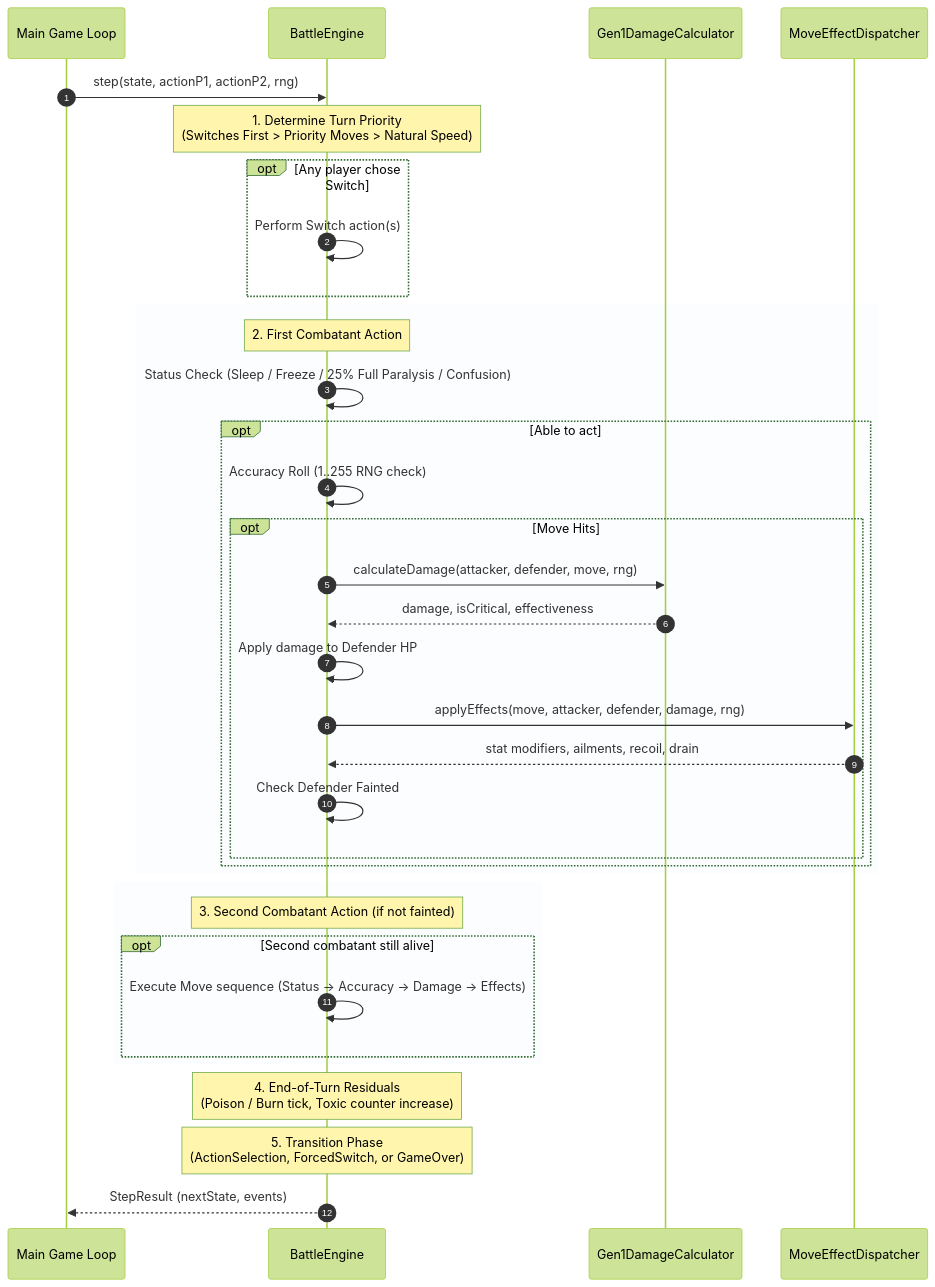
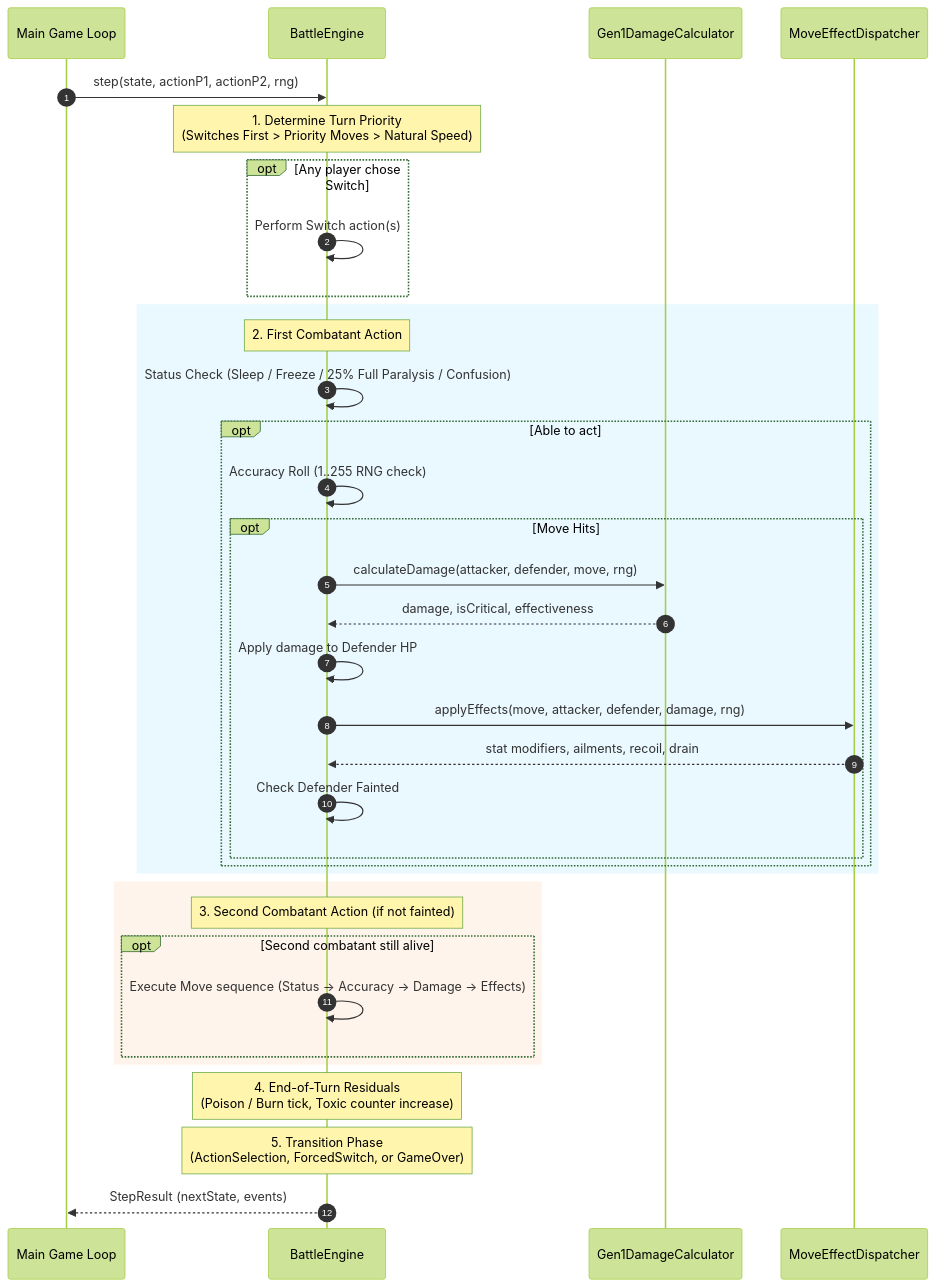
One commit to namitgupta21/BattleSimulator changed the third of 4 diagrams in README.md. Above: the diagram before and after it, drawn with Mermaid (forest theme).

Commit message:
docs: fixed a minor color bug

````diff
--- a/README.md
+++ b/README.md
@@ -275,43 +275,43 @@
 ```mermaid
 sequenceDiagram
     autonumber
     participant Client as Main Game Loop
     participant Eng as BattleEngine
     participant DMG as Gen1DamageCalculator
     participant EFF as MoveEffectDispatcher
 
     Client->>Eng: step(state, actionP1, actionP2, rng)
     Note over Eng: 1. Determine Turn Priority<br/>(Switches First > Priority Moves > Natural Speed)
     
     opt Any player chose Switch
         Eng->>Eng: Perform Switch action(s)
     end
 
-    rect rgba(240, 248, 255, 0.26)
+    rect rgba(56, 189, 248, 0.10)
     Note over Eng: 2. First Combatant Action
     Eng->>Eng: Status Check (Sleep / Freeze / 25% Full Paralysis / Confusion)
     opt Able to act
         Eng->>Eng: Accuracy Roll (1..255 RNG check)
         opt Move Hits
             Eng->>DMG: calculateDamage(attacker, defender, move, rng)
             DMG-->>Eng: damage, isCritical, effectiveness
             Eng->>Eng: Apply damage to Defender HP
             Eng->>EFF: applyEffects(move, attacker, defender, damage, rng)
             EFF-->>Eng: stat modifiers, ailments, recoil, drain
             Eng->>Eng: Check Defender Fainted
         end
     end
     end
 
-    rect rgba(240, 248, 255, 0.26)
+    rect rgba(251, 146, 60, 0.10)
     Note over Eng: 3. Second Combatant Action (if not fainted)
     opt Second combatant still alive
         Eng->>Eng: Execute Move sequence (Status -> Accuracy -> Damage -> Effects)
     end
     end
 
     Note over Eng: 4. End-of-Turn Residuals<br/>(Poison / Burn tick, Toxic counter increase)
     Note over Eng: 5. Transition Phase<br/>(ActionSelection, ForcedSwitch, or GameOver)
     
     Eng-->>Client: StepResult (nextState, events)
 ```
````
